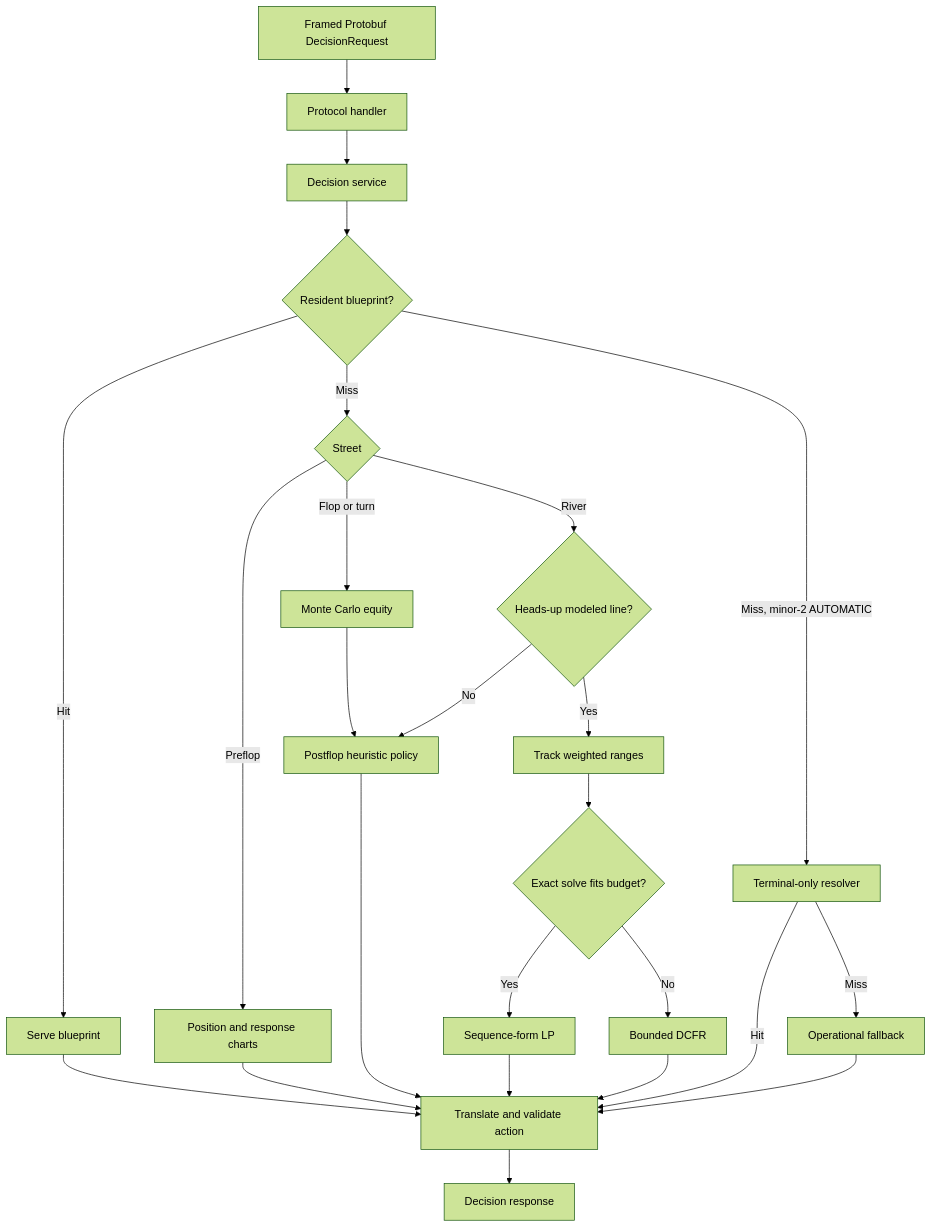
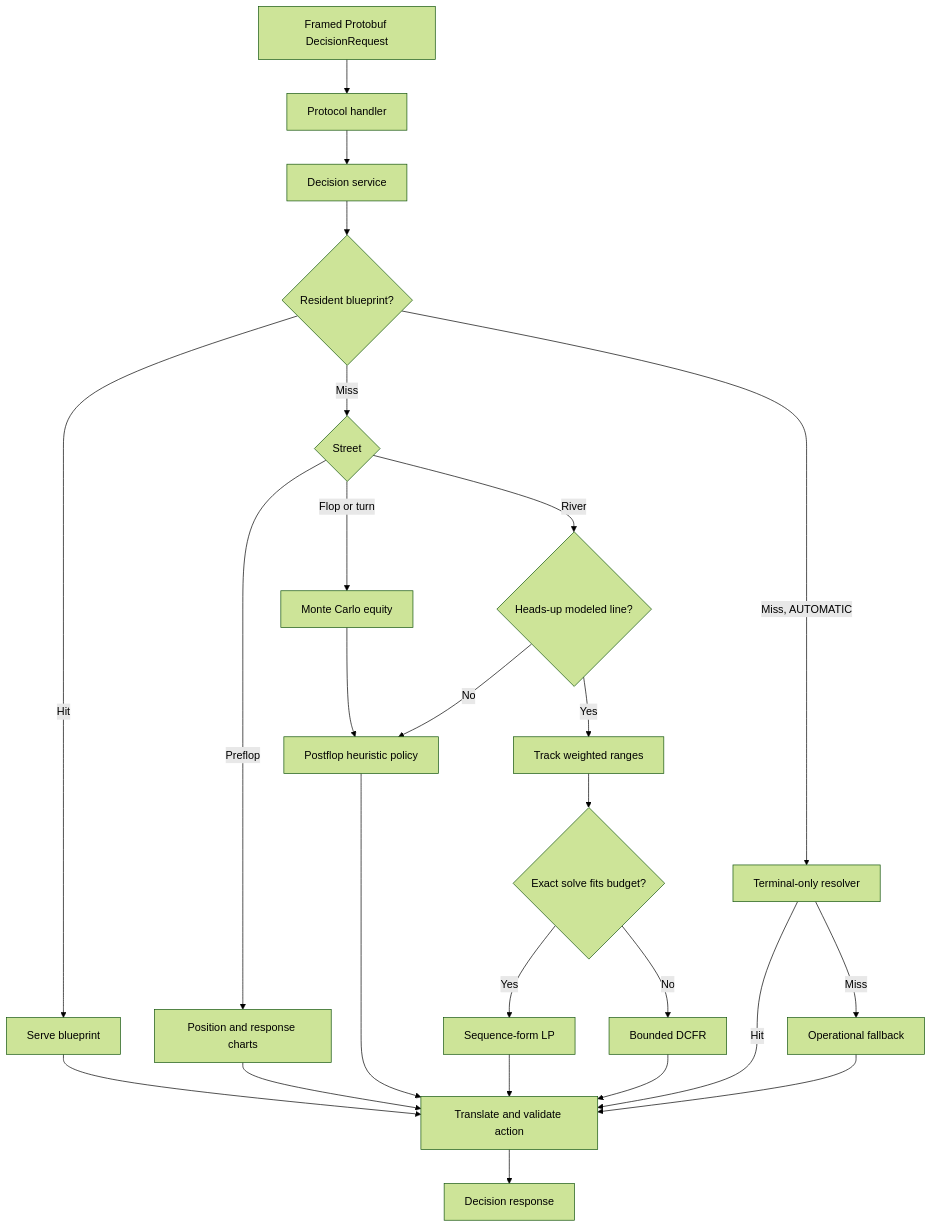
The first of 5 diagrams in docs/design/gto-engine.md (Zzzode/BigShark), drawn with Mermaid (forest theme) before and after one commit. The commit also changed other lines of this file and 83 other files, not shown here.

````diff
--- a/docs/design/gto-engine.md
+++ b/docs/design/gto-engine.md
@@ -35,27 +35,27 @@
 ```mermaid
 flowchart TD
   Input[Framed Protobuf DecisionRequest] --> Protocol[Protocol handler]
   Protocol --> Service[Decision service]
   Service --> Resident{Resident blueprint?}
   Resident -->|Hit| Blueprint[Serve blueprint]
   Resident -->|Miss| Street{Street}
   Street -->|Preflop| Charts[Position and response charts]
   Street -->|Flop or turn| Equity[Monte Carlo equity]
   Equity --> Heuristic[Postflop heuristic policy]
   Street -->|River| Supported{Heads-up modeled line?}
   Supported -->|No| Heuristic
   Supported -->|Yes| Ranges[Track weighted ranges]
   Ranges --> Budget{Exact solve fits budget?}
   Budget -->|Yes| LP[Sequence-form LP]
   Budget -->|No| DCFR[Bounded DCFR]
-  Resident -->|Miss, minor-2 AUTOMATIC| Resolve[Terminal-only resolver]
+  Resident -->|Miss, AUTOMATIC| Resolve[Terminal-only resolver]
   Resolve -->|Hit| Translate
   Resolve -->|Miss| Fallback[Operational fallback]
   LP --> Translate[Translate and validate action]
   DCFR --> Translate
   Charts --> Translate
   Heuristic --> Translate
   Blueprint --> Translate
   Fallback --> Translate
   Translate --> Output[Decision response]
 ```
````
